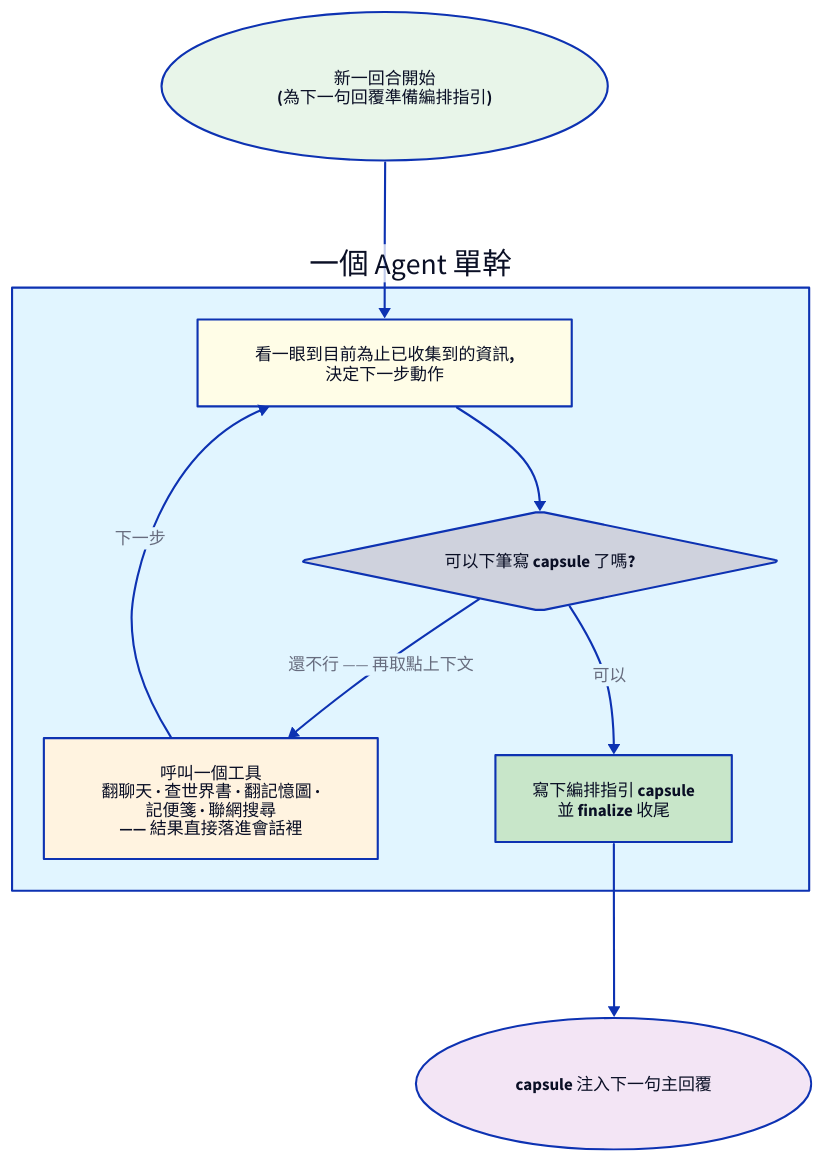
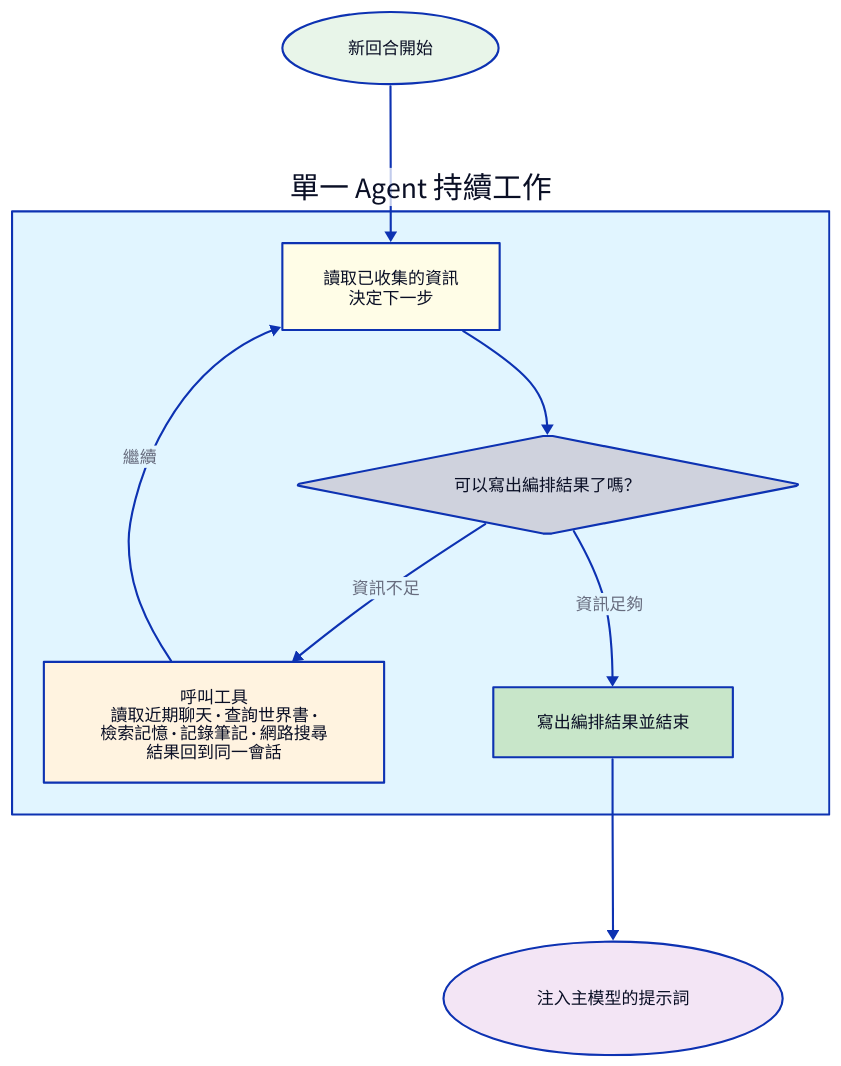
One commit to funnycups/Luker changed the diagram in docs/zh-TW/features/orchestrator/loop.md. Above: the diagram before and after it, drawn with D2. The commit also changed other lines of this file and 240 other files, not shown here.

````diff
--- a/docs/zh-TW/features/orchestrator/loop.md
+++ b/docs/zh-TW/features/orchestrator/loop.md
@@ -32,41 +5,41 @@
 ```d2
 direction: down
 
-start: "新一回合開始\n(為下一句回覆準備編排指引)" {
+start: "新回合開始" {
   shape: oval
   style.fill: "#e8f5e9"
 }
 
-loop: "一個 Agent 單幹" {
+loop: "單一 Agent 持續工作" {
   style.fill: "#e1f5ff"
 
-  think: "看一眼到目前為止已收集到的資訊,\n決定下一步動作" {
+  think: "讀取已收集的資訊\n決定下一步" {
     style.fill: "#fffde7"
   }
 
-  decide: "可以下筆寫 capsule 了嗎?" {
+  decide: "可以寫出編排結果了嗎？" {
     shape: diamond
   }
 
-  tool: "呼叫一個工具\n翻聊天 · 查世界書 · 翻記憶圖 ·\n記便箋 · 聯網搜尋\n—— 結果直接落進會話裡" {
+  tool: "呼叫工具\n讀取近期聊天 · 查詢世界書 ·\n檢索記憶 · 記錄筆記 · 網路搜尋\n結果回到同一會話" {
     style.fill: "#fff3e0"
   }
 
-  finalize: "寫下編排指引 capsule\n並 finalize 收尾" {
+  finish: "寫出編排結果並結束" {
     style.fill: "#c8e6c9"
   }
 
   think -> decide
-  decide -> tool: "還不行 —— 再取點上下文"
-  decide -> finalize: "可以"
-  tool -> think: "下一步"
+  decide -> tool: "資訊不足"
+  decide -> finish: "資訊足夠"
+  tool -> think: "繼續"
 }
 
-out: "capsule 注入下一句主回覆" {
+out: "注入主模型的提示詞" {
   shape: oval
   style.fill: "#f3e5f5"
 }
 
 start -> loop.think
-loop.finalize -> out
+loop.finish -> out
 ```
````
